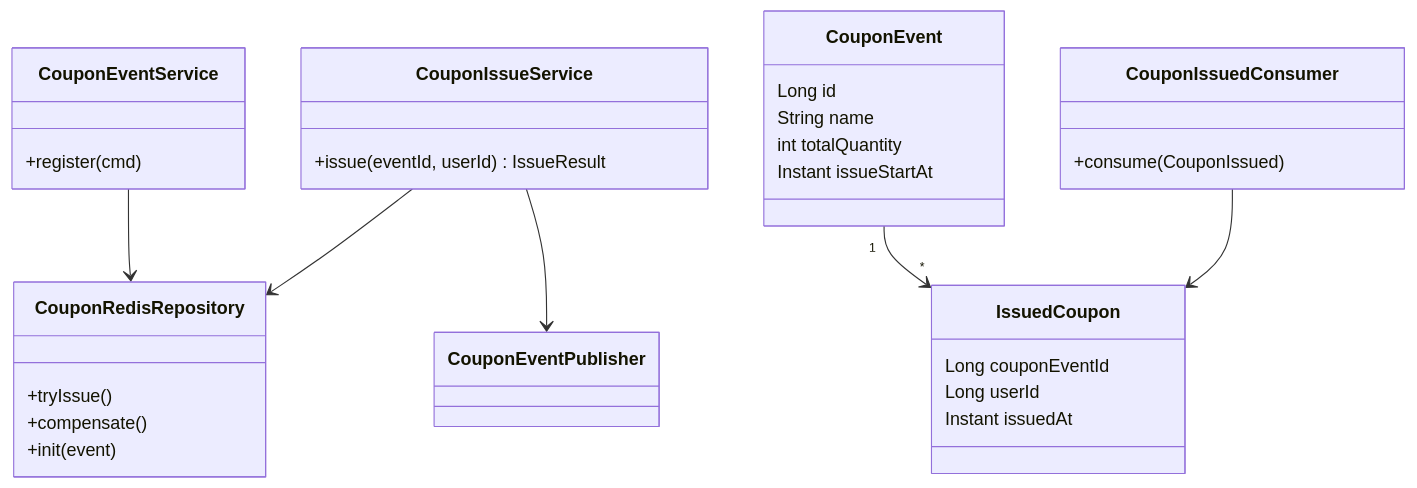
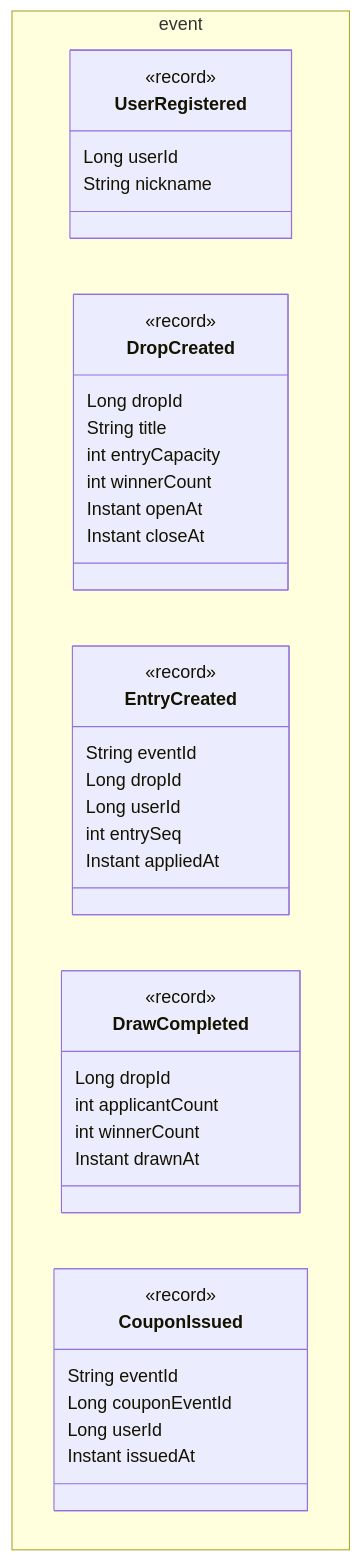
Before and after one commit to dd-jiny/queue-drop: the third of 3 diagrams in docs/design/07-class-diagram/class-diagram.md, drawn with Mermaid. The commit also changed other lines of this file and 4 other files, not shown here.

````diff
--- a/docs/design/07-class-diagram/class-diagram.md
+++ b/docs/design/07-class-diagram/class-diagram.md
@@ -226,33 +308,41 @@
 ```mermaid
 classDiagram
-    class CouponIssueService {
-        +issue(eventId, userId) IssueResult
+    namespace event {
+        class UserRegistered {
+            <<record>>
+            Long userId
+            String nickname
+        }
+        class DropCreated {
+            <<record>>
+            Long dropId
+            String title
+            int entryCapacity
+            int winnerCount
+            Instant openAt
+            Instant closeAt
+        }
+        class EntryCreated {
+            <<record>>
+            String eventId
+            Long dropId
+            Long userId
+            int entrySeq
+            Instant appliedAt
+        }
+        class DrawCompleted {
+            <<record>>
+            Long dropId
+            int applicantCount
+            int winnerCount
+            Instant drawnAt
+        }
+        class CouponIssued {
+            <<record>>
+            String eventId
+            Long couponEventId
+            Long userId
+            Instant issuedAt
+        }
     }
-    class CouponEventService {
-        +register(cmd)
-    }
-    class CouponRedisRepository {
-        +tryIssue()
-        +compensate()
-        +init(event)
-    }
-    class CouponIssuedConsumer {
-        +consume(CouponIssued)
-    }
-    class CouponEvent {
-        Long id
-        String name
-        int totalQuantity
-        Instant issueStartAt
-    }
-    class IssuedCoupon {
-        Long couponEventId
-        Long userId
-        Instant issuedAt
-    }
-    CouponIssueService --> CouponRedisRepository
-    CouponIssueService --> CouponEventPublisher
-    CouponEventService --> CouponRedisRepository
-    CouponIssuedConsumer --> IssuedCoupon
-    CouponEvent "1" --> "*" IssuedCoupon
 ```
````
